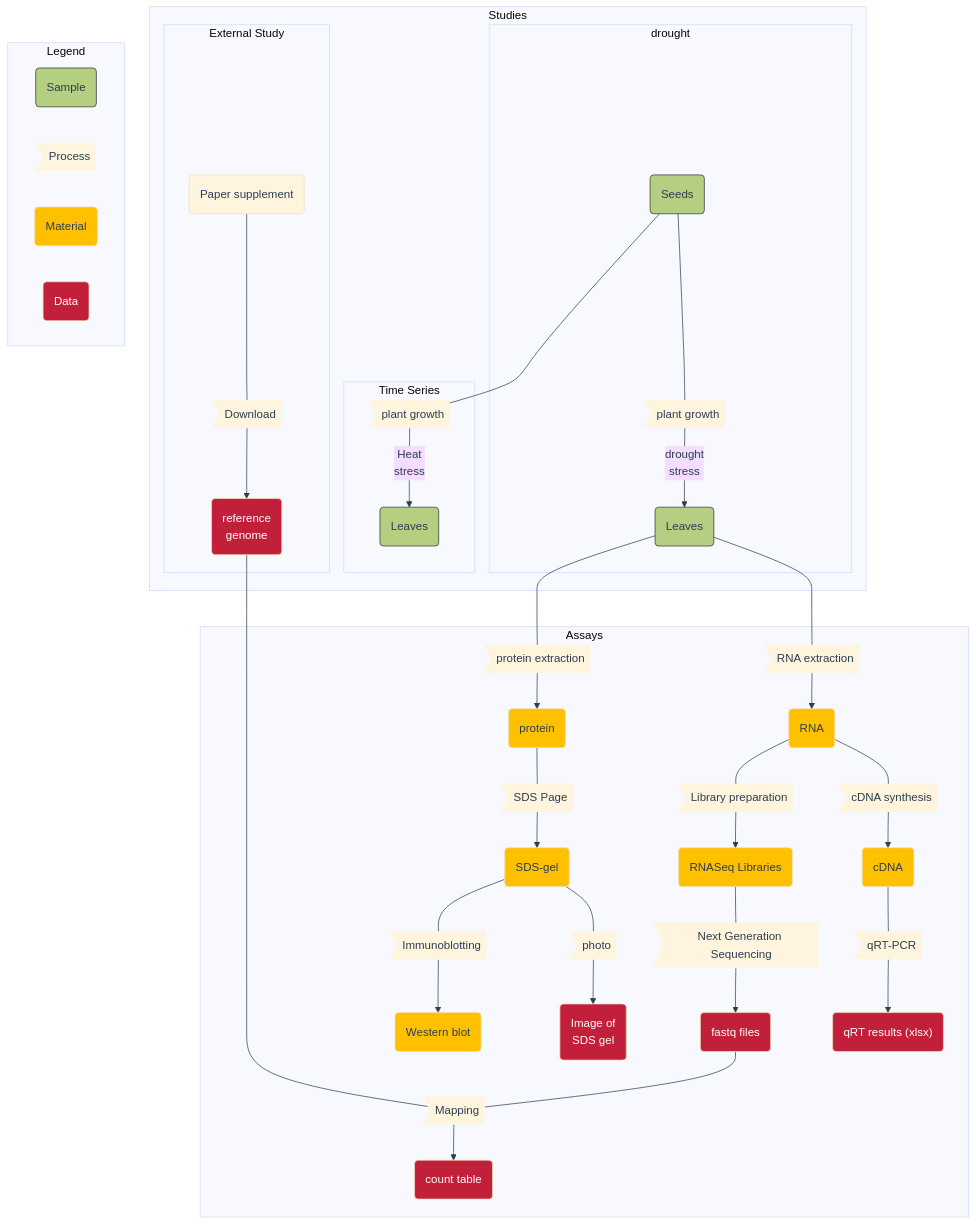
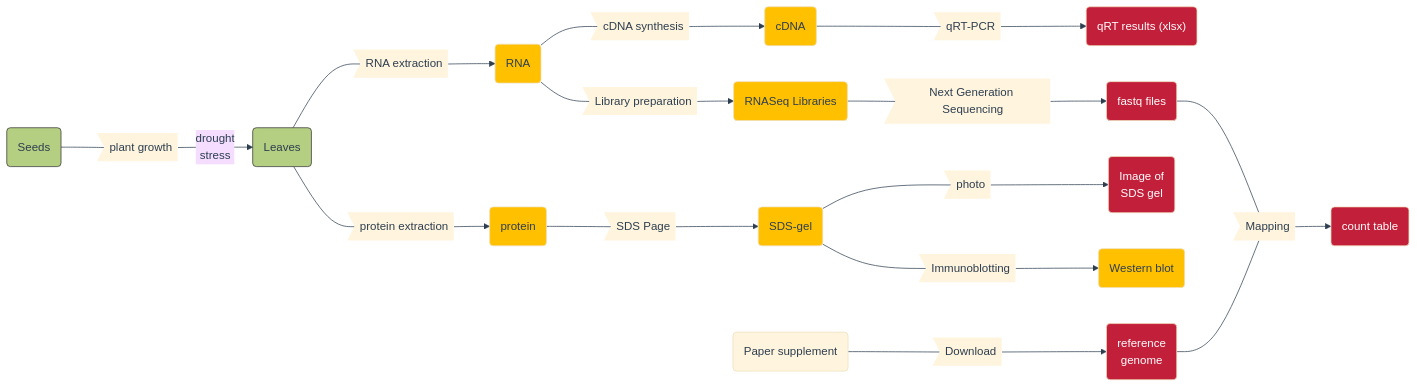
One commit to nfdi4plants/nfdi4plants.knowledgebase changed the fourth of 6 diagrams in src/docs/guides/ARC-practical-entry.md. Above: the diagram before and after it, drawn with Mermaid. The commit also changed other lines of this file, not shown here.

```diff
--- a/src/docs/guides/ARC-practical-entry.md
+++ b/src/docs/guides/ARC-practical-entry.md
@@ -191,7 +267,7 @@
 }%%
 
 
-graph TD
+graph LR
 
 %% Nodes
   S1(Seeds)
@@ -224,27 +300,10 @@
   D5(count table)  
 
 %% Links
-
-subgraph Studies
-  subgraph drought
     S1 ---P1--drought\nstress--> S2
-  end
-  
-  subgraph Time Series
-    P13>plant growth] 
-
-    S1 ---P13--Heat\nstress--> S4(Leaves)
-  end
-
-  subgraph External Study
     P12>Download]
     x(Paper supplement) ---P12--> D4
-  end
 
-end
-
-
-subgraph Assays
   S2 ---P2--> M1
   S2 ---P3--> M2
   M1 ---P4--> M3
@@ -257,16 +316,7 @@
   M2 ---P8--> M5
   M5 ---P9--> D3
   M5 ---P10--> M6
-end
 
-
-%% Add legend
-subgraph Legend
-    Sx(Sample)    
-    Px>Process]
-    Mx(Material)    
-    Dx(Data)
-end
 
 %% Defining node styles
   classDef S fill:#b4ce82, stroke:#333;
```
